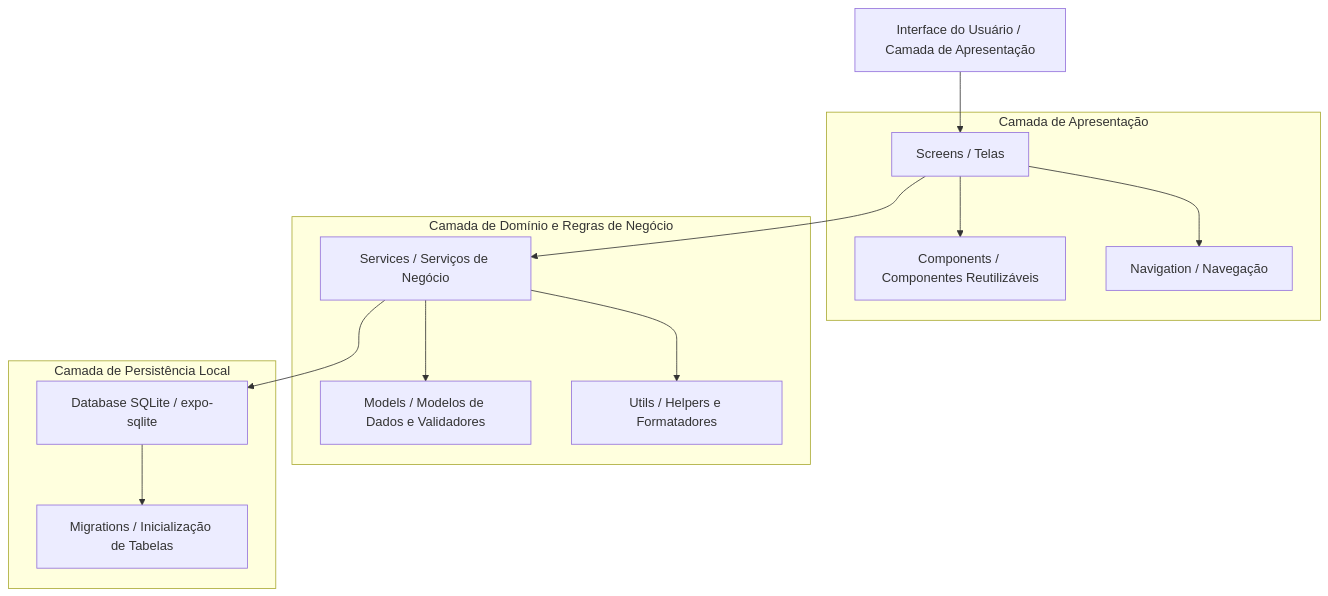
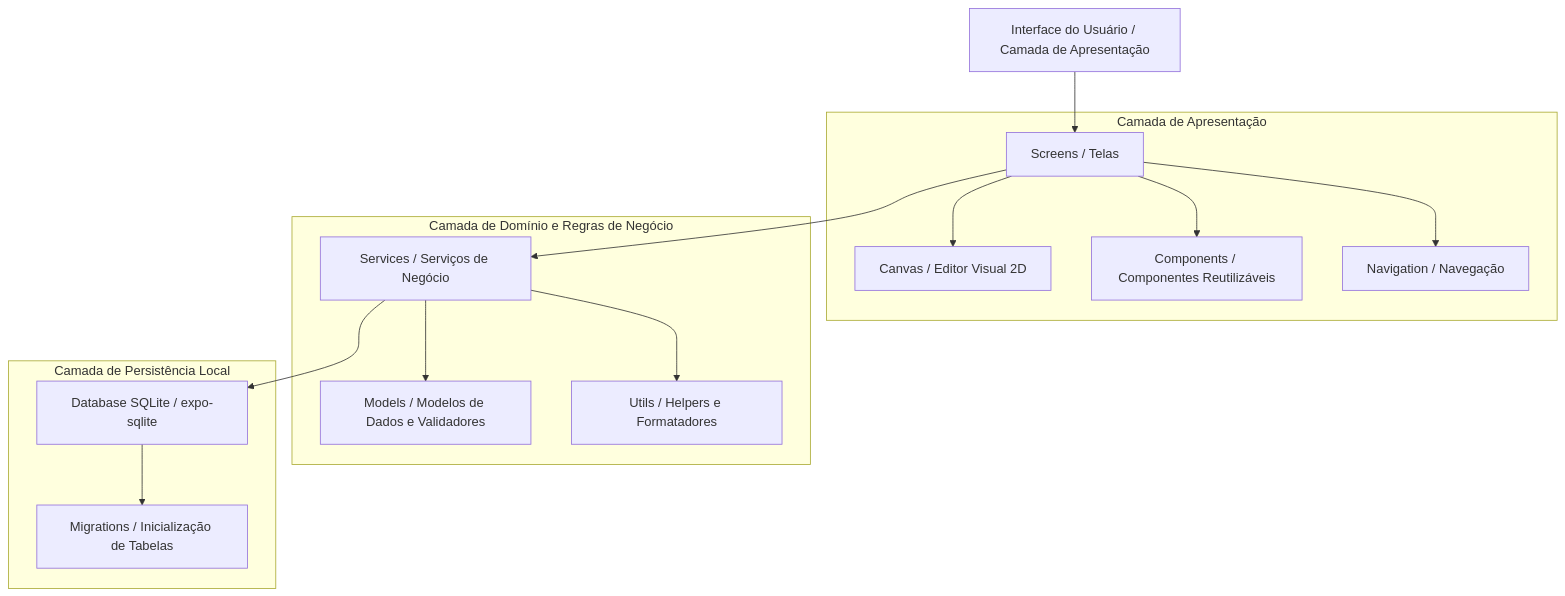
The first of 2 diagrams in docs/05-architecture.md (FabioFaustino-1/BRModelo-Mobile), drawn with Mermaid before and after one commit. The commit also changed other lines of this file and 3 other files, not shown here.

````diff
--- a/docs/05-architecture.md
+++ b/docs/05-architecture.md
@@ -15,29 +15,31 @@
 ```mermaid
 graph TD
     UI[Interface do Usuário / Camada de Apresentação]
     subgraph Apresentacao [Camada de Apresentação]
         SC[Screens / Telas]
+        CV[Canvas / Editor Visual 2D]
         CO[Components / Componentes Reutilizáveis]
         NV[Navigation / Navegação]
     end
 
     subgraph Dominio [Camada de Domínio e Regras de Negócio]
         SV[Services / Serviços de Negócio]
         MD[Models / Modelos de Dados e Validadores]
         UT[Utils / Helpers e Formatadores]
     end
 
     subgraph Persistencia [Camada de Persistência Local]
         DB[Database SQLite / expo-sqlite]
         MIG[Migrations / Inicialização de Tabelas]
     end
 
     UI --> SC
+    SC --> CV
     SC --> CO
     SC --> NV
     SC --> SV
     SV --> MD
     SV --> UT
     SV --> DB
     DB --> MIG
 ```
````
